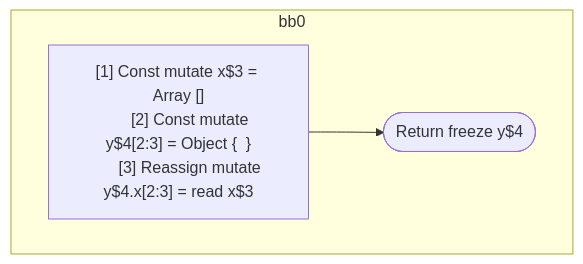
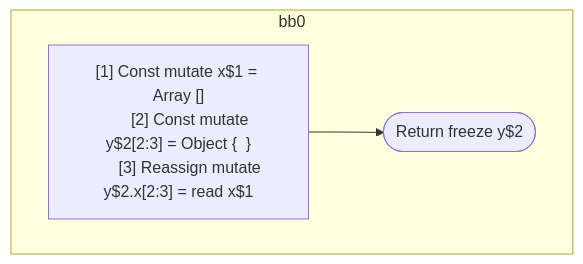
One commit to wutsmog/private changed the diagram in compiler/forget/src/__tests__/fixtures/hir/ssa-property.expect.md. Above: the diagram before and after it, drawn with Mermaid. The commit also changed other lines of this file and 57 other files, not shown here.

````diff
--- a/compiler/forget/src/__tests__/fixtures/hir/ssa-property.expect.md
+++ b/compiler/forget/src/__tests__/fixtures/hir/ssa-property.expect.md
@@ -26,15 +26,15 @@
 ```mermaid
 flowchart TB
   %% Basic Blocks
   subgraph bb0
     bb0_instrs["
-      [1] Const mutate x$3 = Array []
-      [2] Const mutate y$4[2:3] = Object {  }
-      [3] Reassign mutate y$4.x[2:3] = read x$3
+      [1] Const mutate x$1 = Array []
+      [2] Const mutate y$2[2:3] = Object {  }
+      [3] Reassign mutate y$2.x[2:3] = read x$1
     "]
-    bb0_instrs --> bb0_terminal(["Return freeze y$4"])
+    bb0_instrs --> bb0_terminal(["Return freeze y$2"])
   end
 
   %% Jumps
   %% empty
 ```
````
